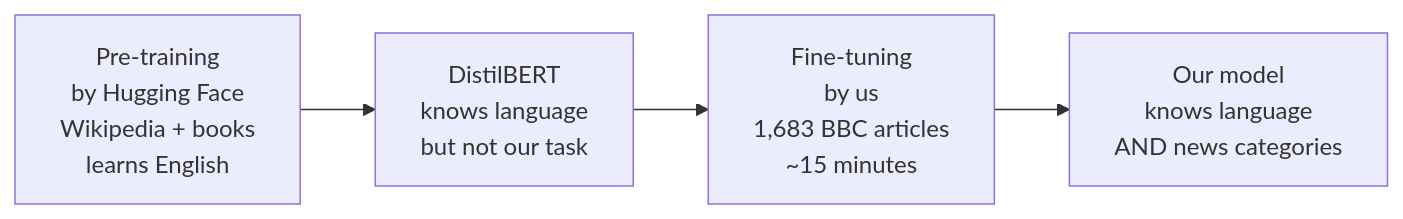
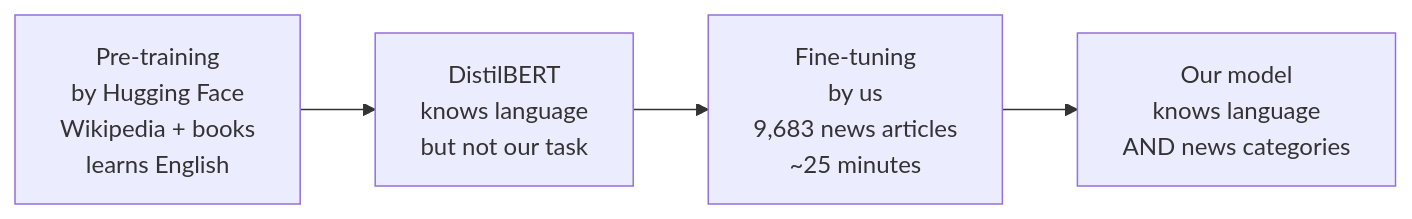
One commit to Radioactive012/news-classifier changed the second of 4 diagrams in docs/News Classifier - Explained.md. Above: the diagram before and after it, drawn with Mermaid. The commit also changed other lines of this file and 20 other files, not shown here.

First line of the commit message:
Train on BBC + HuffPost news for modern coverage

````diff
--- a/docs/News Classifier - Explained.md
+++ b/docs/News Classifier - Explained.md
@@ -145,6 +158,6 @@
 ```mermaid
 flowchart LR
     A[Pre-training<br/>by Hugging Face<br/>Wikipedia + books<br/>learns English] --> B[DistilBERT<br/>knows language<br/>but not our task]
-    B --> C[Fine-tuning<br/>by us<br/>1,683 BBC articles<br/>~15 minutes]
+    B --> C[Fine-tuning<br/>by us<br/>9,683 news articles<br/>~25 minutes]
     C --> D[Our model<br/>knows language<br/>AND news categories]
 ```
````
